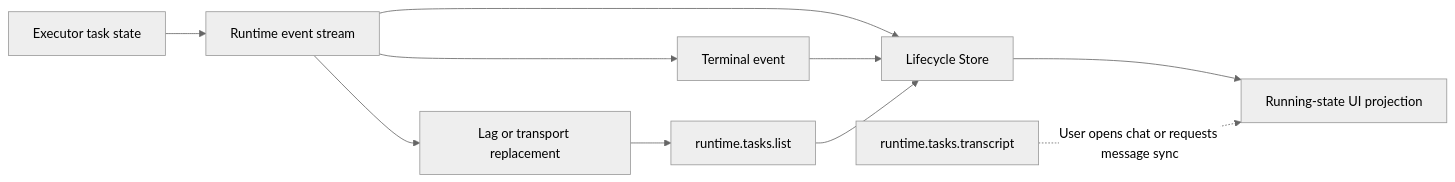
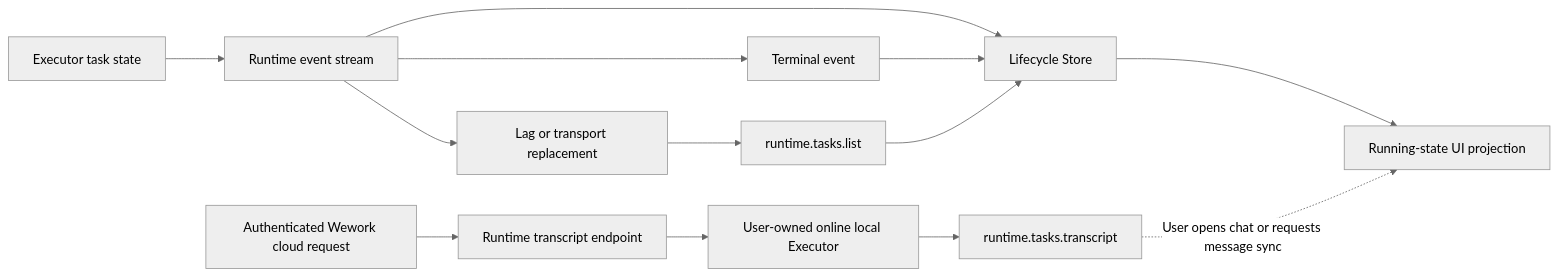
The first of 2 diagrams in docs/en/architecture/runtime-task-lifecycle-reconciliation.md (wecode-ai/Wegent), drawn with Mermaid (neutral theme) before and after one commit. The commit also changed other lines of this file and 2 other files, not shown here.

Commit message:
docs(wework): clarify runtime lifecycle boundaries

````diff
--- a/docs/en/architecture/runtime-task-lifecycle-reconciliation.md
+++ b/docs/en/architecture/runtime-task-lifecycle-reconciliation.md
@@ -13,12 +13,15 @@
 ```mermaid
 flowchart LR
     EXEC[Executor task state] --> STREAM[Runtime event stream]
     STREAM --> STORE[Lifecycle Store]
     STORE --> UI[Running-state UI projection]
     STREAM --> TERMINAL[Terminal event]
     TERMINAL --> STORE
     STREAM --> SIGNAL[Lag or transport replacement]
     SIGNAL --> LIST[runtime.tasks.list]
     LIST --> STORE
-    TRANSCRIPT[runtime.tasks.transcript] -. User opens chat or requests message sync .-> UI
+    CLIENT[Authenticated Wework cloud request] --> API[Runtime transcript endpoint]
+    API --> OWNER[User-owned online local Executor]
+    OWNER --> TRANSCRIPT[runtime.tasks.transcript]
+    TRANSCRIPT -. User opens chat or requests message sync .-> UI
 ```
````
